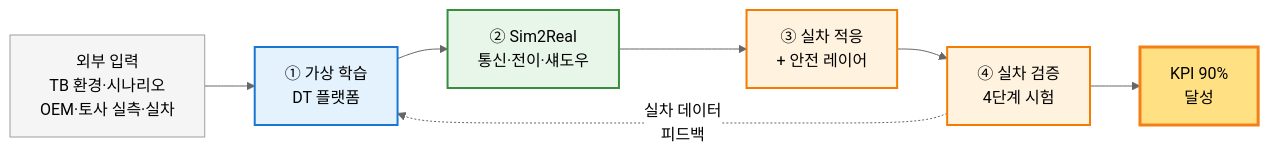
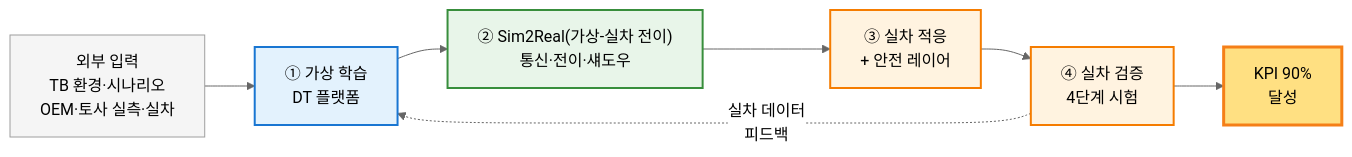
The second of 2 diagrams in 11. DT/한장_사업구조도_v1.md (rebirther00/report), drawn with Mermaid (neutral theme) before and after one commit. The commit also changed other lines of this file and 3 other files, not shown here.

````diff
--- a/11. DT/한장_사업구조도_v1.md
+++ b/11. DT/한장_사업구조도_v1.md
@@ -21,17 +48,17 @@
 ```mermaid
 graph LR
     IN[외부 입력<br/>TB 환경·시나리오<br/>OEM·토사 실측·실차] --> A
-    A[① 가상 학습<br/>DT 플랫폼] --> B[② Sim2Real<br/>통신·전이·섀도우]
+    A[① 가상 학습<br/>DT 플랫폼] --> B["② Sim2Real(가상-실차 전이)<br/>통신·전이·섀도우"]
     B --> C[③ 실차 적응<br/>+ 안전 레이어]
     C --> D[④ 실차 검증<br/>4단계 시험]
     D --> OUT[KPI 90%<br/>달성]
     
     D -.실차 데이터<br/>피드백.-> A
     
     style A fill:#E3F2FD,stroke:#1976D2,stroke-width:2px
     style B fill:#E8F5E9,stroke:#388E3C,stroke-width:2px
     style C fill:#FFF3E0,stroke:#F57C00,stroke-width:2px
     style D fill:#FFF3E0,stroke:#F57C00,stroke-width:2px
     style OUT fill:#FFE082,stroke:#F57F17,stroke-width:3px
     style IN fill:#F5F5F5,stroke:#9E9E9E
 ```
````
